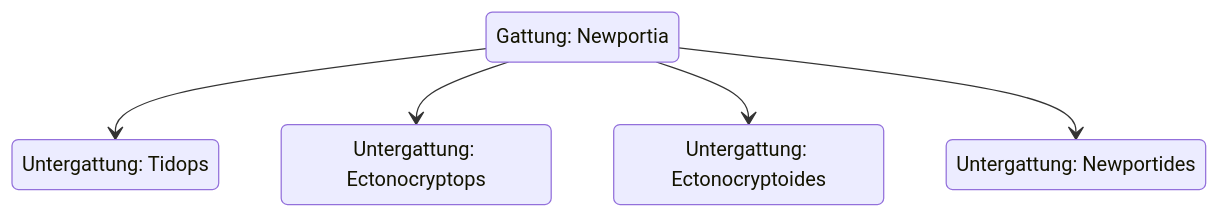
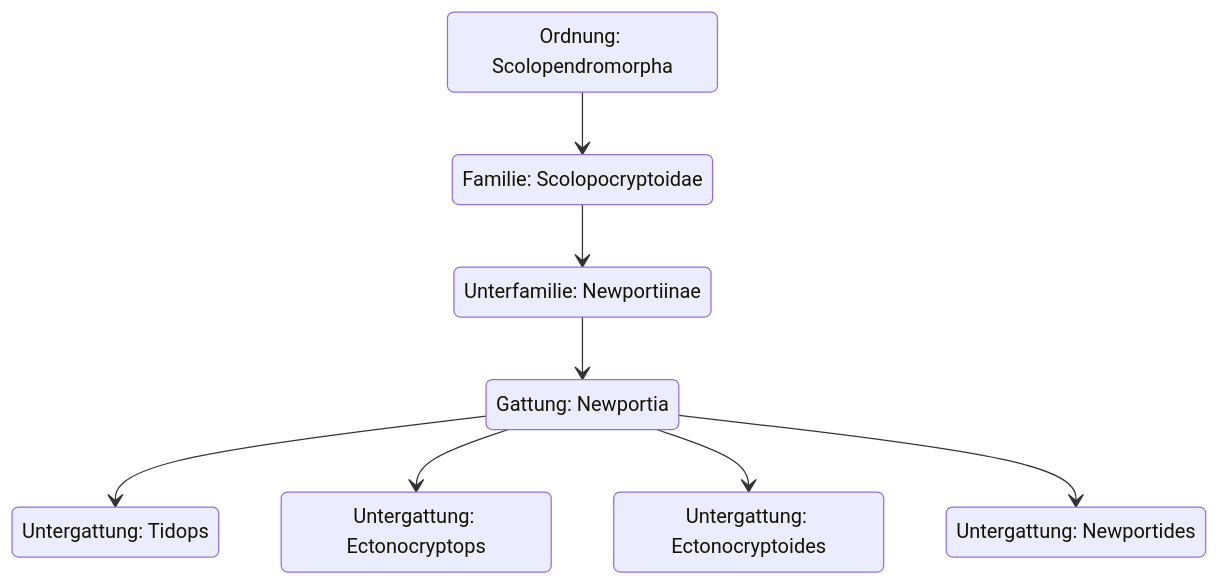
The diagram in content/skolopender/taxonomie/scolopendromorpha/newportia/index.md (christhulhu/acab), drawn with Mermaid before and after one commit. The commit also changed 6 other files, not shown here.

```diff
--- a/content/skolopender/taxonomie/scolopendromorpha/newportia/index.md
+++ b/content/skolopender/taxonomie/scolopendromorpha/newportia/index.md
@@ -21,13 +21,21 @@
-{{< mermaid class="optional" >}}
+{{< mermaid >}}
 stateDiagram-v2
+    state "Ordnung: Scolopendromorpha" as scolopendromorpha
+    state "Familie: Scolopocryptoidae" as scolopocryptoidae
+    state "Unterfamilie: Newportiinae" as newportiinae
+
+    scolopendromorpha --> scolopocryptoidae
+    scolopocryptoidae --> newportiinae
+    newportiinae --> newportia
+
     state "Gattung: Newportia" as newportia
     state "Untergattung: Tidops" as tidops
     state "Untergattung: Ectonocryptops" as ectonocryptops
     state "Untergattung: Ectonocryptoides" as ectonocryptoides
     state "Untergattung: Newportides" as newportides
 
     newportia --> tidops
     newportia --> ectonocryptops
     newportia --> ectonocryptoides 
     newportia --> newportides
 {{< /mermaid >}}
```
